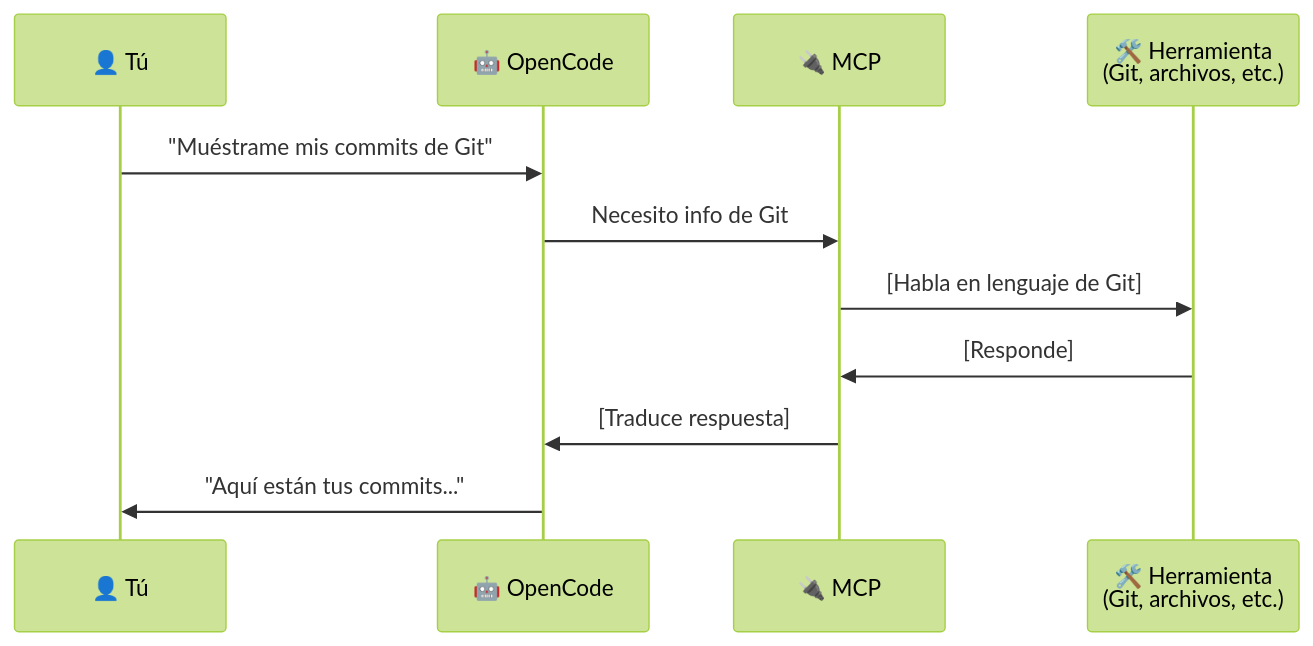
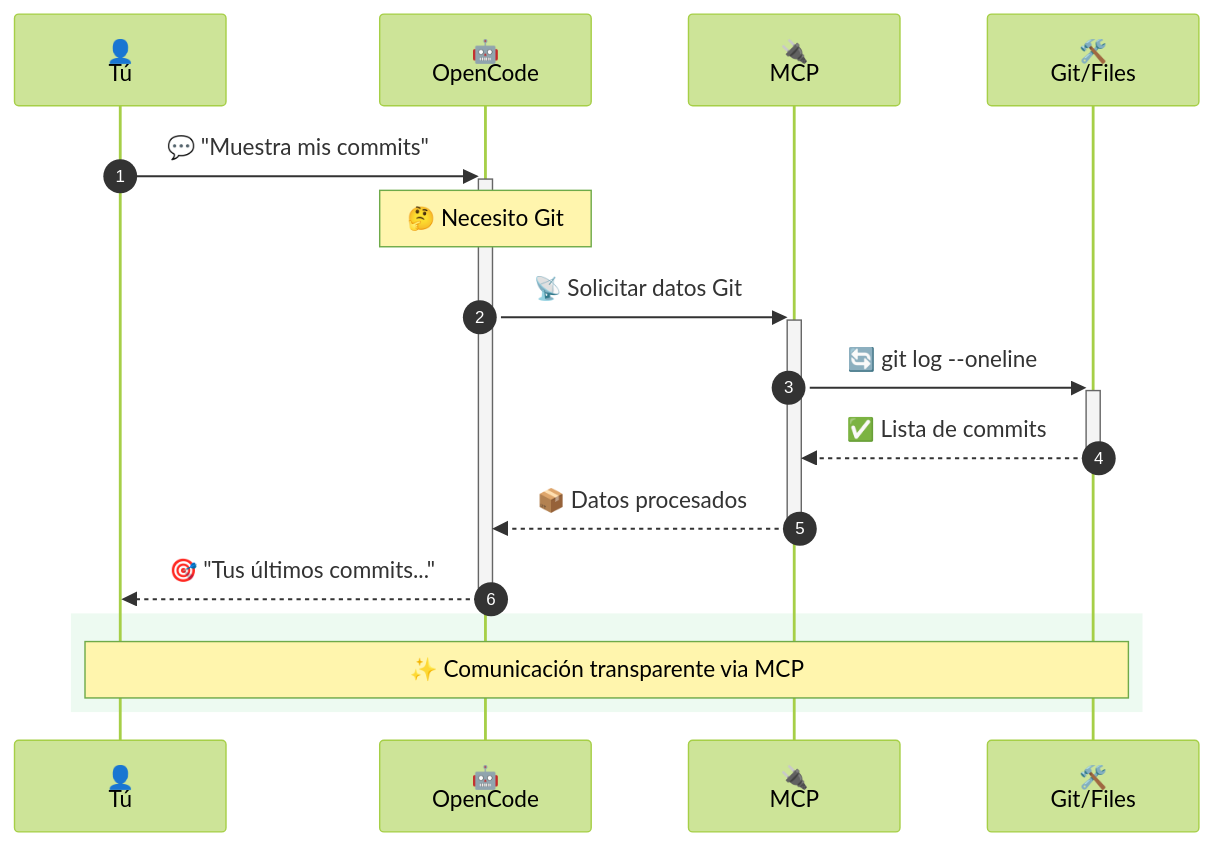
The third of 16 diagrams in courses/🟡-development/FPUNA-2026/00-FUNDAMENTOS-PRINCIPALES/02-maestria-configuracion.md (Ai-Whisperers/Courses-Content), drawn with Mermaid (forest theme) before and after one commit. The commit also changed other lines of this file, not shown here.

First line of the commit message:
Improve Mermaid diagrams in 02-maestria-configuracion.md (9/15 diagrams)

````diff
--- a/courses/🟡-development/FPUNA-2026/00-FUNDAMENTOS-PRINCIPALES/02-maestria-configuracion.md
+++ b/courses/🟡-development/FPUNA-2026/00-FUNDAMENTOS-PRINCIPALES/02-maestria-configuracion.md
@@ -161,14 +170,20 @@
 ```mermaid
 sequenceDiagram
-    participant U as 👤 Tú
-    participant OC as 🤖 OpenCode
-    participant MCP as 🔌 MCP
-    participant Tool as 🛠️ Herramienta<br/>(Git, archivos, etc.)
+    autonumber
+    participant U as 👤<br/>Tú
+    participant OC as 🤖<br/>OpenCode
+    participant MCP as 🔌<br/>MCP
+    participant Tool as 🛠️<br/>Git/Files
+
+    U->>+OC: 💬 "Muestra mis commits"
+    Note over OC: 🤔 Necesito Git
+    OC->>+MCP: 📡 Solicitar datos Git
+    MCP->>+Tool: 🔄 git log --oneline
+    Tool-->>-MCP: ✅ Lista de commits
+    MCP-->>-OC: 📦 Datos procesados
+    OC-->>-U: 🎯 "Tus últimos commits..."
     
-    U->>OC: "Muéstrame mis commits de Git"
-    OC->>MCP: Necesito info de Git
-    MCP->>Tool: [Habla en lenguaje de Git]
-    Tool->>MCP: [Responde]
-    MCP->>OC: [Traduce respuesta]
-    OC->>U: "Aquí están tus commits..."
+    rect rgb(80, 200, 120, 0.1)
+        Note over U,Tool: ✨ Comunicación transparente via MCP
+    end
 ```
````
